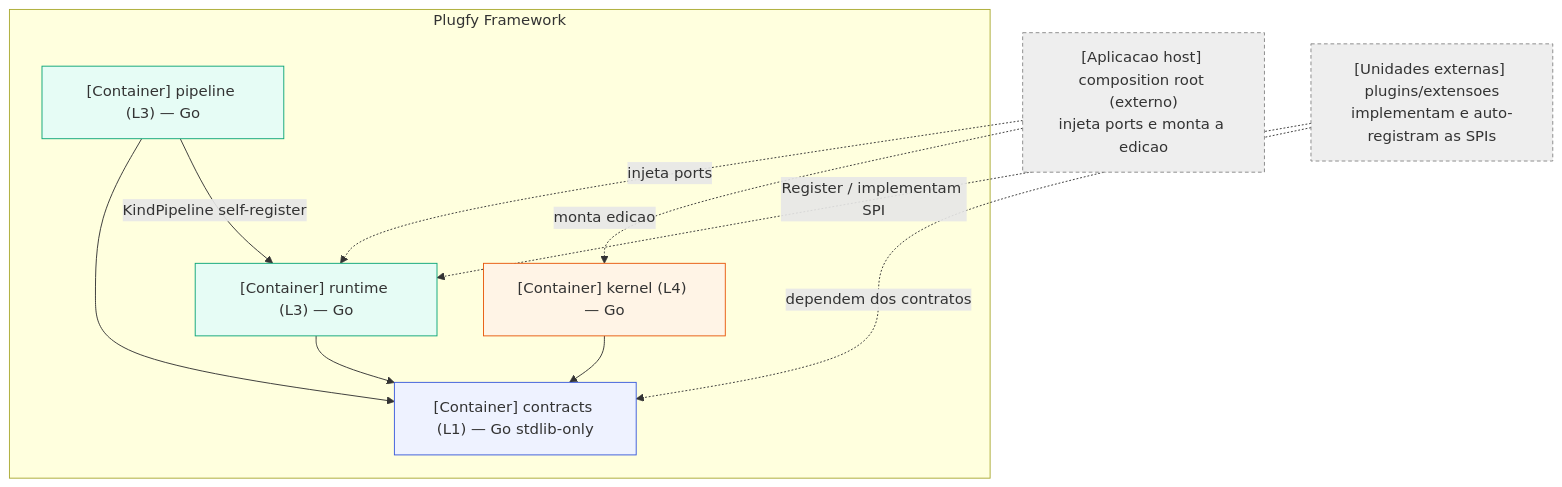
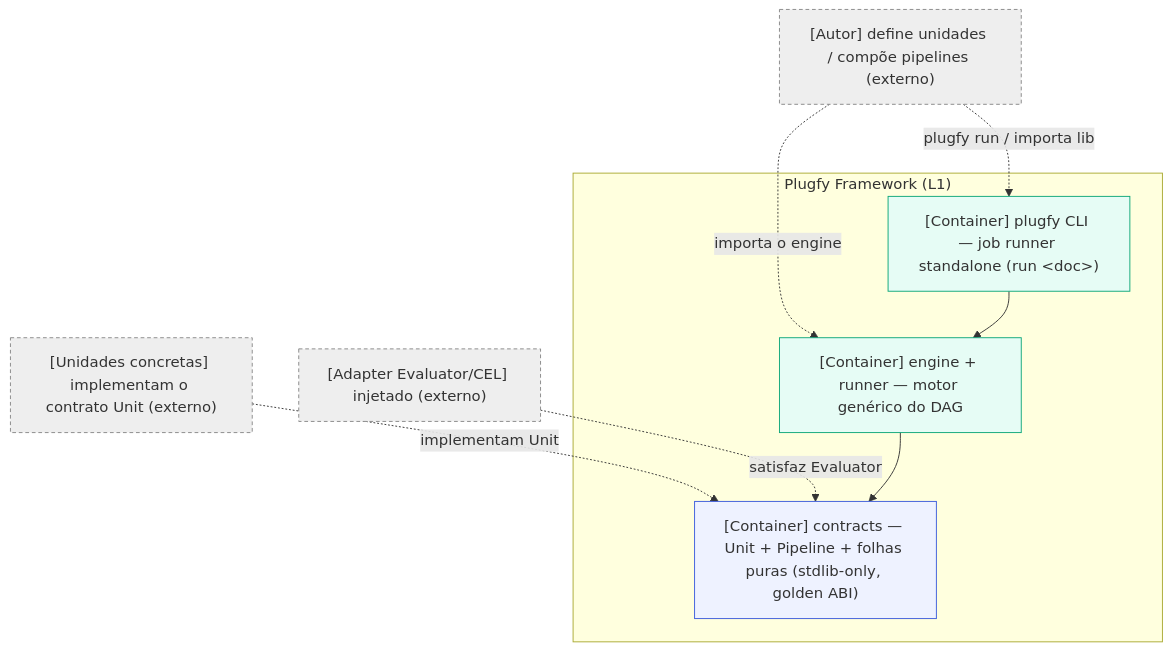
One commit to PlugfyOS/plugfy.framework.contracts changed the fifth of 17 diagrams in docs/architecture/plugfy-framework-architecture.md. Above: the diagram before and after it, drawn with Mermaid. The commit also changed other lines of this file and 1 other file, not shown here.

First line of the commit message:
docs(architecture): rewrite framework arch doc to final state — Unit + Pipeline + Execution only

````diff
--- a/docs/architecture/plugfy-framework-architecture.md
+++ b/docs/architecture/plugfy-framework-architecture.md
@@ -273,24 +284,21 @@
 ```mermaid
 flowchart TB
   classDef l1 fill:#eef2ff,stroke:#3b5bdb;
-  classDef l3 fill:#e6fcf5,stroke:#0ca678;
-  classDef l4 fill:#fff4e6,stroke:#e8590c;
+  classDef eng fill:#e6fcf5,stroke:#0ca678;
   classDef ext fill:#eeeeee,stroke:#888888,stroke-dasharray:4 3;
-  HOSTA["[Aplicacao host] composition root (externo)<br/>injeta ports e monta a edicao"]
-  UNI["[Unidades externas] plugins/extensoes<br/>implementam e auto-registram as SPIs"]
-  subgraph fw["Plugfy Framework"]
-    KER["[Container] kernel (L4) — Go"]
-    RUN["[Container] runtime (L3) — Go"]
-    PIPE["[Container] pipeline (L3) — Go"]
-    CON["[Container] contracts (L1) — Go stdlib-only"]
+  AUTH["[Autor] define unidades / compõe pipelines (externo)"]
+  UNI["[Unidades concretas] implementam o contrato Unit (externo)"]
+  EVAL["[Adapter Evaluator/CEL] injetado (externo)"]
+  subgraph fw["Plugfy Framework (L1)"]
+    CLI["[Container] plugfy CLI — job runner standalone (run &lt;doc&gt;)"]
+    ENG["[Container] engine + runner — motor genérico do DAG"]
+    CON["[Container] contracts — Unit + Pipeline + folhas puras (stdlib-only, golden ABI)"]
   end
-  HOSTA -.->|"injeta ports"| RUN
-  HOSTA -.->|"monta edicao"| KER
-  UNI -.->|"Register / implementam SPI"| RUN
-  UNI -.->|"dependem dos contratos"| CON
-  KER --> CON
-  RUN --> CON
-  PIPE --> CON
-  PIPE -->|"KindPipeline self-register"| RUN
-  class CON l1; class RUN,PIPE l3; class KER l4; class HOSTA,UNI ext;
+  AUTH -.->|"plugfy run / importa lib"| CLI
+  AUTH -.->|"importa o engine"| ENG
+  UNI -.->|"implementam Unit"| CON
+  EVAL -.->|"satisfaz Evaluator"| CON
+  CLI --> ENG
+  ENG --> CON
+  class CON l1; class ENG,CLI eng; class AUTH,UNI,EVAL ext;
 ```
````
